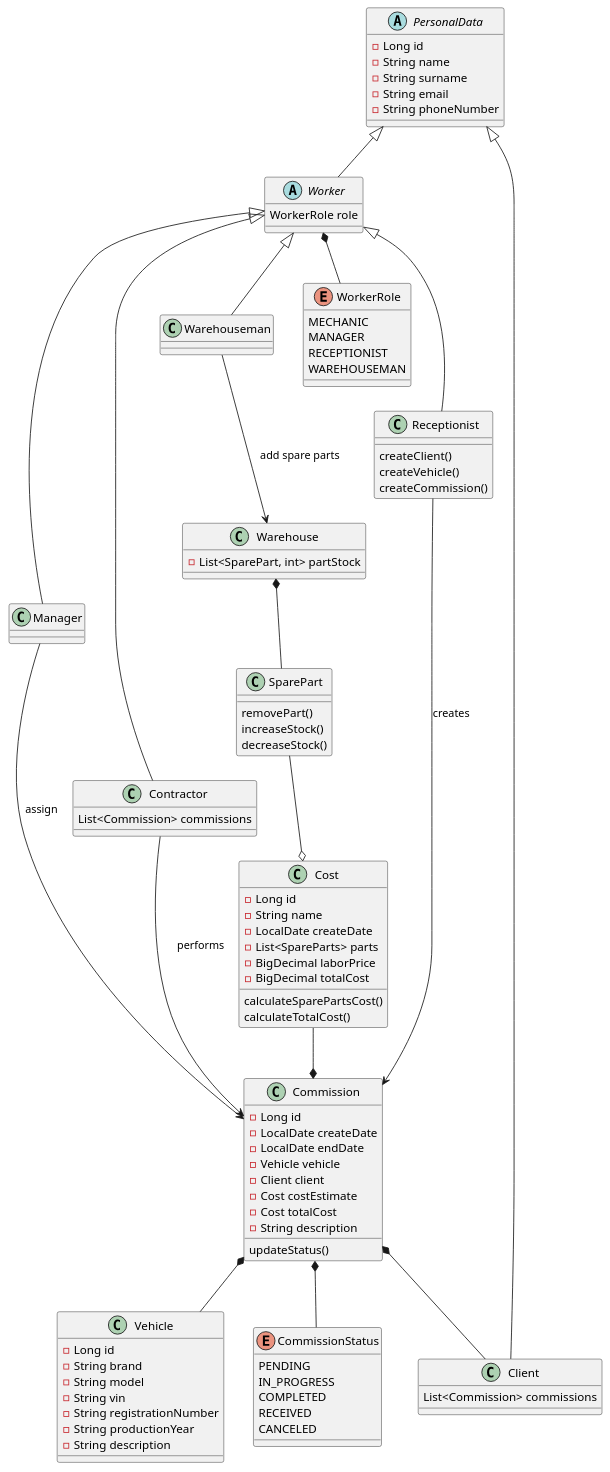
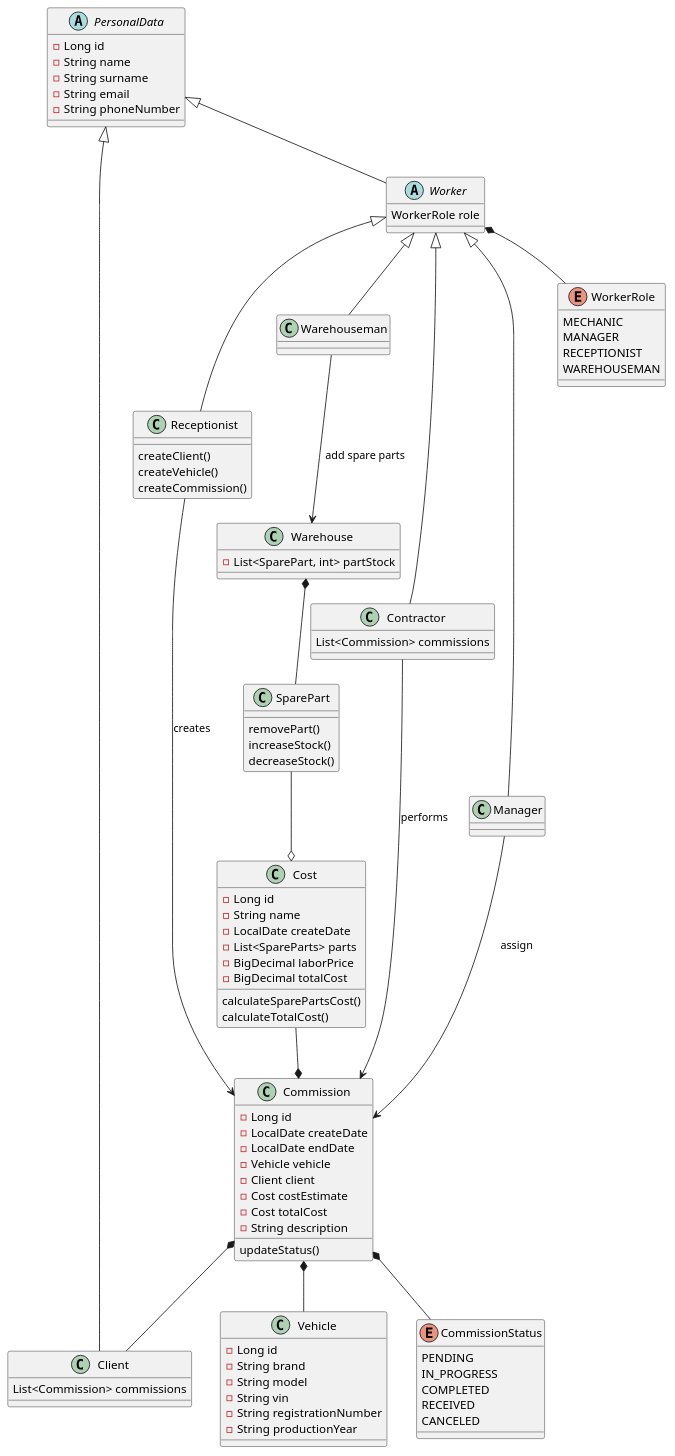
The diagram in src/main/java/com/carservice/CarService/implement.puml (WojciechGos/Car-Service), drawn with PlantUML before and after one commit.

Commit message:
update: relations

```diff
--- a/src/main/java/com/carservice/CarService/implement.puml
+++ b/src/main/java/com/carservice/CarService/implement.puml
@@ -1,128 +1,136 @@
 @startuml
 'https://plantuml.com/class-diagram
 
 abstract class PersonalData {
     - Long id
     - String name
     - String surname
     - String email
     - String phoneNumber
 }
-
+class Client  extends PersonalData{
+    List<Commission> commissions
+}
 abstract class Worker extends PersonalData{
     WorkerRole role
 }
 
+class Receptionist extends Worker{
+     createClient()
+     createVehicle()
+     createCommission()
 
-class Receptionist extends Worker{
-    createClient()
-    createVehicle()
-    createCommission()
+ }
 
+
+
+class Warehouse{
+    - List<SparePart, int> partStock
 }
-class Manager extends Worker {
+
+class SparePart {
+    removePart()
+    increaseStock()
+    decreaseStock()
+}
+
+class Warehouseman extends Worker {
 
 }
 
 class Contractor extends Worker {
     List<Commission> commissions
 
 }
 
-class Warehouseman extends Worker {
+class Manager extends Worker {
 
 }
 
-class Client  extends PersonalData{
-    List<Commission> commissions
-}
+
+
+
+
+
+
 
 
 
 class Commission {
     - Long id
     - LocalDate createDate
     - LocalDate endDate
     - Vehicle vehicle
     - Client client
     - Cost costEstimate
     - Cost totalCost
     - String description
 
     updateStatus()
 }
 
 
 
-class Warehouse{
-    - List<SparePart, int> partStock
-}
-
-class SparePart {
-    removePart()
-    increaseStock()
-    decreaseStock()
-}
 
 
 
 
 class Vehicle {
     - Long id
     - String brand
     - String model
     - String vin
     - String registrationNumber
     - String productionYear
-    - String description
 }
 
 
 
 enum CommissionStatus{
     PENDING
     IN_PROGRESS
     COMPLETED
     RECEIVED
     CANCELED
 }
 
 class Cost {
     - Long id
     - String name
     - LocalDate createDate
     - List<SpareParts> parts
     - BigDecimal laborPrice
     - BigDecimal totalCost
 
     calculateSparePartsCost()
     calculateTotalCost()
 }
 
 enum WorkerRole {
     MECHANIC
     MANAGER
     RECEPTIONIST
     WAREHOUSEMAN
 }
 
 
 Warehouse *-- SparePart
 SparePart --o Cost
 Cost --* Commission
 
 Commission *-- Client
 Commission *-- Vehicle
 Commission *-- CommissionStatus
 Warehouseman --> Warehouse : "add spare parts"
 
 Receptionist --> Commission : "creates"
+
 Manager --> Commission : "assign"
 Worker *-- WorkerRole
 
 
 Contractor --> Commission : "performs"
 
 
 
 @enduml
```
